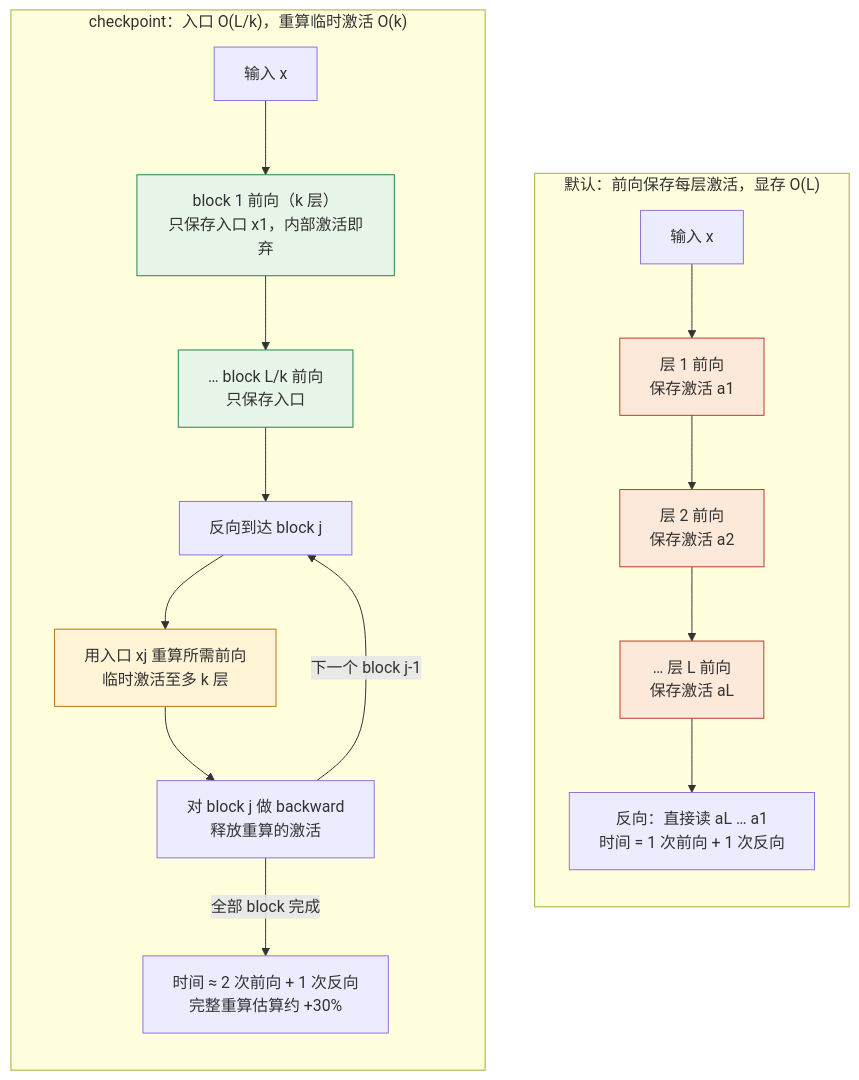
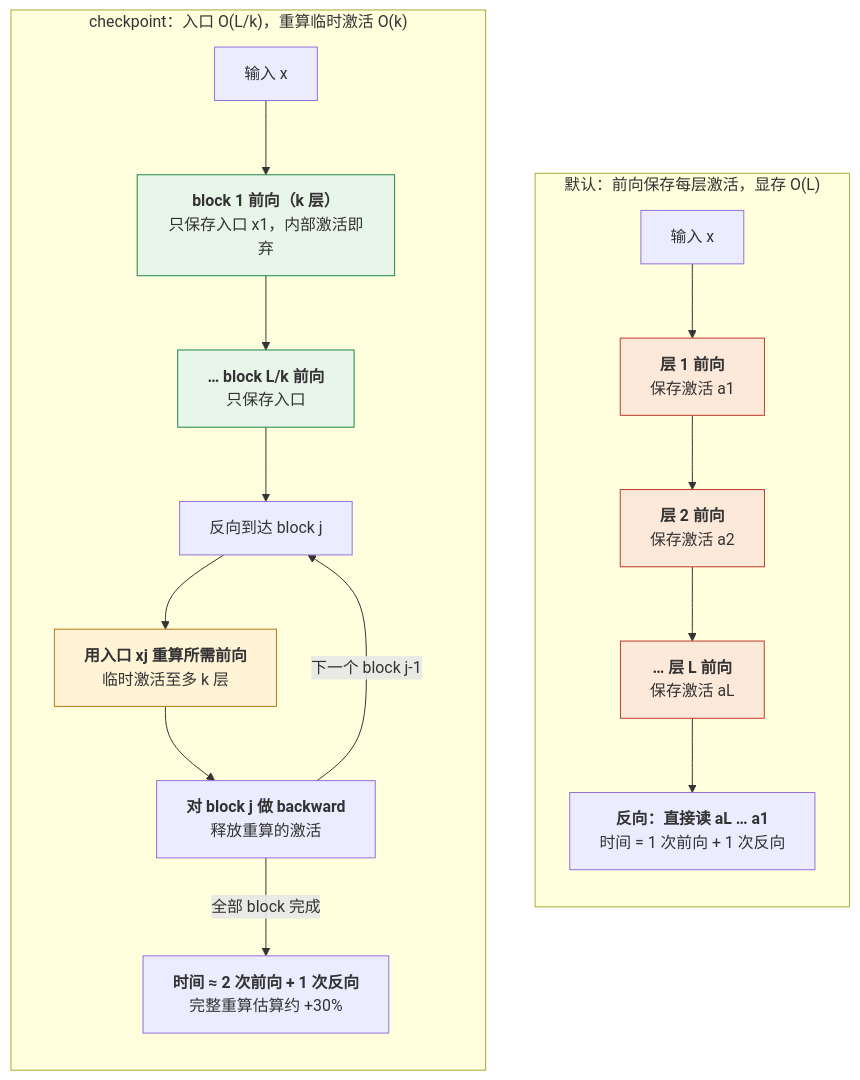
Before and after one commit to arganzheng/arganzheng.github.com: the second of 2 diagrams in _posts/2026-02-24-pytorch-performance-optimization-and-debugging.md, drawn with Mermaid. The commit also changed other lines of this file and 10 other files, not shown here.

First line of the commit message:
PyTorch 深度实践：从 Tensor 到深度学习运行时：Mermaid 多行方框的首行标为标题（11 篇）

````diff
--- a/_posts/2026-02-24-pytorch-performance-optimization-and-debugging.md
+++ b/_posts/2026-02-24-pytorch-performance-optimization-and-debugging.md
@@ -994,27 +994,27 @@
 ```mermaid
 %% 图：Activation Checkpointing 的保存边界与反向重算
 flowchart TB
     subgraph normal["默认：前向保存每层激活，显存 O(L)"]
         direction TB
-        n_in["输入 x"] --> n_l1["层 1 前向<br/>保存激活 a1"]
-        n_l1 --> n_l2["层 2 前向<br/>保存激活 a2"]
-        n_l2 --> n_l3["… 层 L 前向<br/>保存激活 aL"]
-        n_l3 --> n_bw["反向：直接读 aL … a1<br/>时间 = 1 次前向 + 1 次反向"]
+        n_in["输入 x"] --> n_l1["<b>层 1 前向</b><br/>保存激活 a1"]
+        n_l1 --> n_l2["<b>层 2 前向</b><br/>保存激活 a2"]
+        n_l2 --> n_l3["<b>… 层 L 前向</b><br/>保存激活 aL"]
+        n_l3 --> n_bw["<b>反向：直接读 aL … a1</b><br/>时间 = 1 次前向 + 1 次反向"]
     end
     subgraph ckpt["checkpoint：入口 O(L/k)，重算临时激活 O(k)"]
         direction TB
-        c_in["输入 x"] --> c_b1["block 1 前向（k 层）<br/>只保存入口 x1，内部激活即弃"]
-        c_b1 --> c_b2["… block L/k 前向<br/>只保存入口"]
+        c_in["输入 x"] --> c_b1["<b>block 1 前向（k 层）</b><br/>只保存入口 x1，内部激活即弃"]
+        c_b1 --> c_b2["<b>… block L/k 前向</b><br/>只保存入口"]
         c_b2 --> c_arrive["反向到达 block j"]
-        c_arrive --> c_re["用入口 xj 重算所需前向<br/>临时激活至多 k 层"]
-        c_re --> c_bw["对 block j 做 backward<br/>释放重算的激活"]
+        c_arrive --> c_re["<b>用入口 xj 重算所需前向</b><br/>临时激活至多 k 层"]
+        c_re --> c_bw["<b>对 block j 做 backward</b><br/>释放重算的激活"]
         c_bw -->|"下一个 block j-1"| c_arrive
-        c_bw -->|"全部 block 完成"| c_done["时间 ≈ 2 次前向 + 1 次反向<br/>完整重算估算约 +30%"]
+        c_bw -->|"全部 block 完成"| c_done["<b>时间 ≈ 2 次前向 + 1 次反向</b><br/>完整重算估算约 +30%"]
     end
     classDef save fill:#fde9d9,stroke:#c0392b;
     classDef light fill:#e8f5e9,stroke:#1e8449;
     classDef recompute fill:#fff4d6,stroke:#b9770e;
     class n_l1,n_l2,n_l3 save;
     class c_b1,c_b2 light;
     class c_re recompute;
 ```
````
